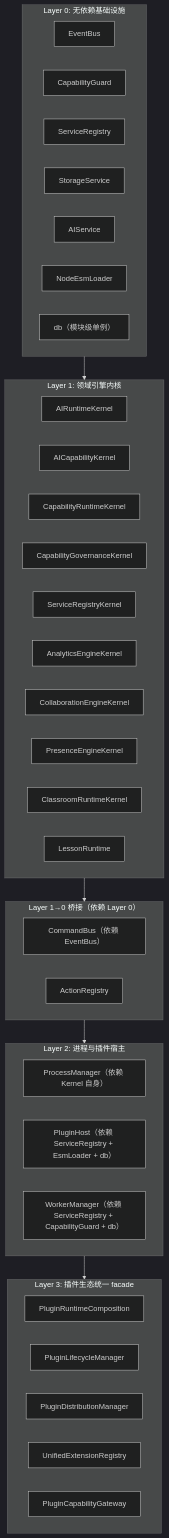
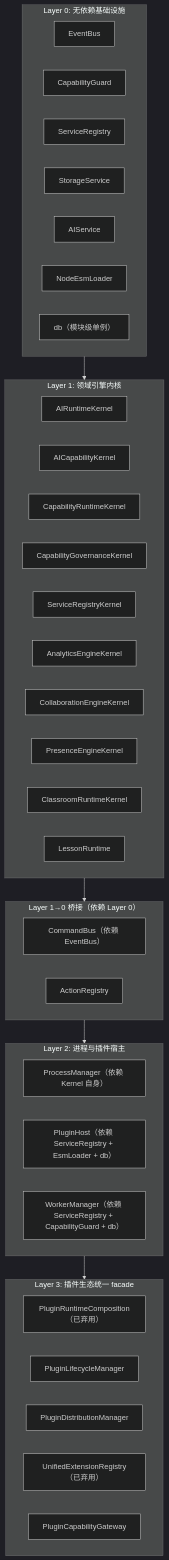
One commit to aymwoo/OpenLearn-Next-V2 changed the diagram in docs/architecture/platform-kernel.md. Above: the diagram before and after it, drawn with Mermaid (dark theme). The commit also changed other lines of this file and 18 other files, not shown here.

````diff
--- a/docs/architecture/platform-kernel.md
+++ b/docs/architecture/platform-kernel.md
@@ -13,49 +13,49 @@
 ```mermaid
 graph TD
     subgraph Layer0["Layer 0: 无依赖基础设施"]
         L0_1["EventBus"]
         L0_2["CapabilityGuard"]
         L0_3["ServiceRegistry"]
         L0_4["StorageService"]
         L0_5["AIService"]
         L0_6["NodeEsmLoader"]
         L0_7["db（模块级单例）"]
     end
 
     subgraph Layer1["Layer 1: 领域引擎内核"]
         L1_1["AIRuntimeKernel"]
         L1_2["AICapabilityKernel"]
         L1_3["CapabilityRuntimeKernel"]
         L1_4["CapabilityGovernanceKernel"]
         L1_5["ServiceRegistryKernel"]
         L1_6["AnalyticsEngineKernel"]
         L1_7["CollaborationEngineKernel"]
         L1_8["PresenceEngineKernel"]
         L1_9["ClassroomRuntimeKernel"]
         L1_10["LessonRuntime"]
     end
 
     subgraph Layer1B["Layer 1→0 桥接（依赖 Layer 0）"]
         L1B_1["CommandBus（依赖 EventBus）"]
         L1B_2["ActionRegistry"]
     end
 
     subgraph Layer2["Layer 2: 进程与插件宿主"]
         L2_1["ProcessManager（依赖 Kernel 自身）"]
         L2_2["PluginHost（依赖 ServiceRegistry + EsmLoader + db）"]
         L2_3["WorkerManager（依赖 ServiceRegistry + CapabilityGuard + db）"]
     end
 
     subgraph Layer3["Layer 3: 插件生态统一 facade"]
-        L3_1["PluginRuntimeComposition"]
+        L3_1["PluginRuntimeComposition（已弃用）"]
         L3_2["PluginLifecycleManager"]
         L3_3["PluginDistributionManager"]
-        L3_4["UnifiedExtensionRegistry"]
+        L3_4["UnifiedExtensionRegistry（已弃用）"]
         L3_5["PluginCapabilityGateway"]
     end
 
     Layer0 --> Layer1
     Layer1 --> Layer1B
     Layer1B --> Layer2
     Layer2 --> Layer3
 ```
````
